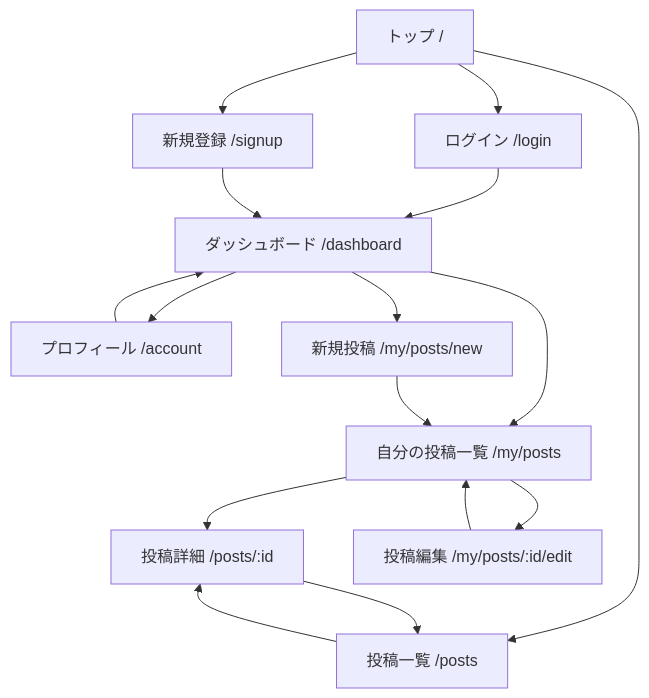
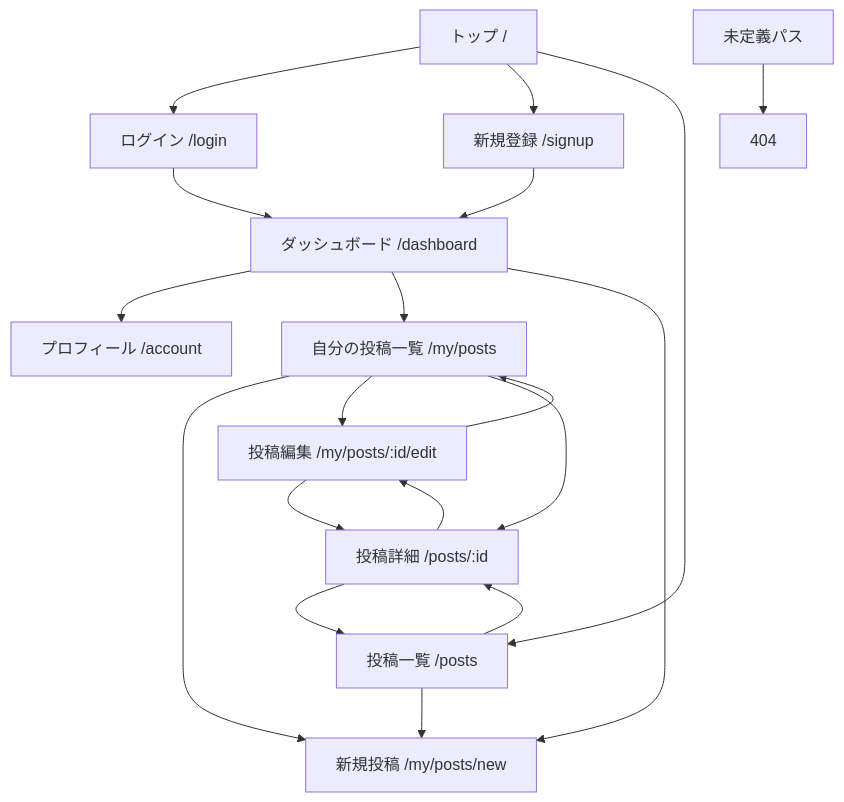
Before and after one commit to nantomoo/todoapp-codex: the diagram in docs/screen-transition.md, drawn with Mermaid. The commit also changed other lines of this file and 7 other files, not shown here.

````diff
--- a/docs/screen-transition.md
+++ b/docs/screen-transition.md
@@ -20,23 +21,26 @@
 ```mermaid
 flowchart TD
     A[トップ /] --> B[ログイン /login]
     A --> C[新規登録 /signup]
     A --> D[投稿一覧 /posts]
-    D --> E[投稿詳細 /posts/:id]
 
-    B --> F[ダッシュボード /dashboard]
-    C --> F
+    B --> E[ダッシュボード /dashboard]
+    C --> E
 
-    F --> G[プロフィール /account]
-    F --> H[自分の投稿一覧 /my/posts]
-    F --> I[新規投稿 /my/posts/new]
+    D --> F[投稿詳細 /posts/:id]
+    D --> I[新規投稿 /my/posts/new]
 
+    E --> G[プロフィール /account]
+    E --> H[自分の投稿一覧 /my/posts]
+    E --> I
+
+    H --> I
     H --> J[投稿編集 /my/posts/:id/edit]
-    H --> E
-    I --> H
+    H --> F
+
     J --> H
-
-    G --> F
-    E --> D
-
+    J --> F
+    F --> D
+    F --> J
+    X[未定義パス] --> K[404]
 ```
````
